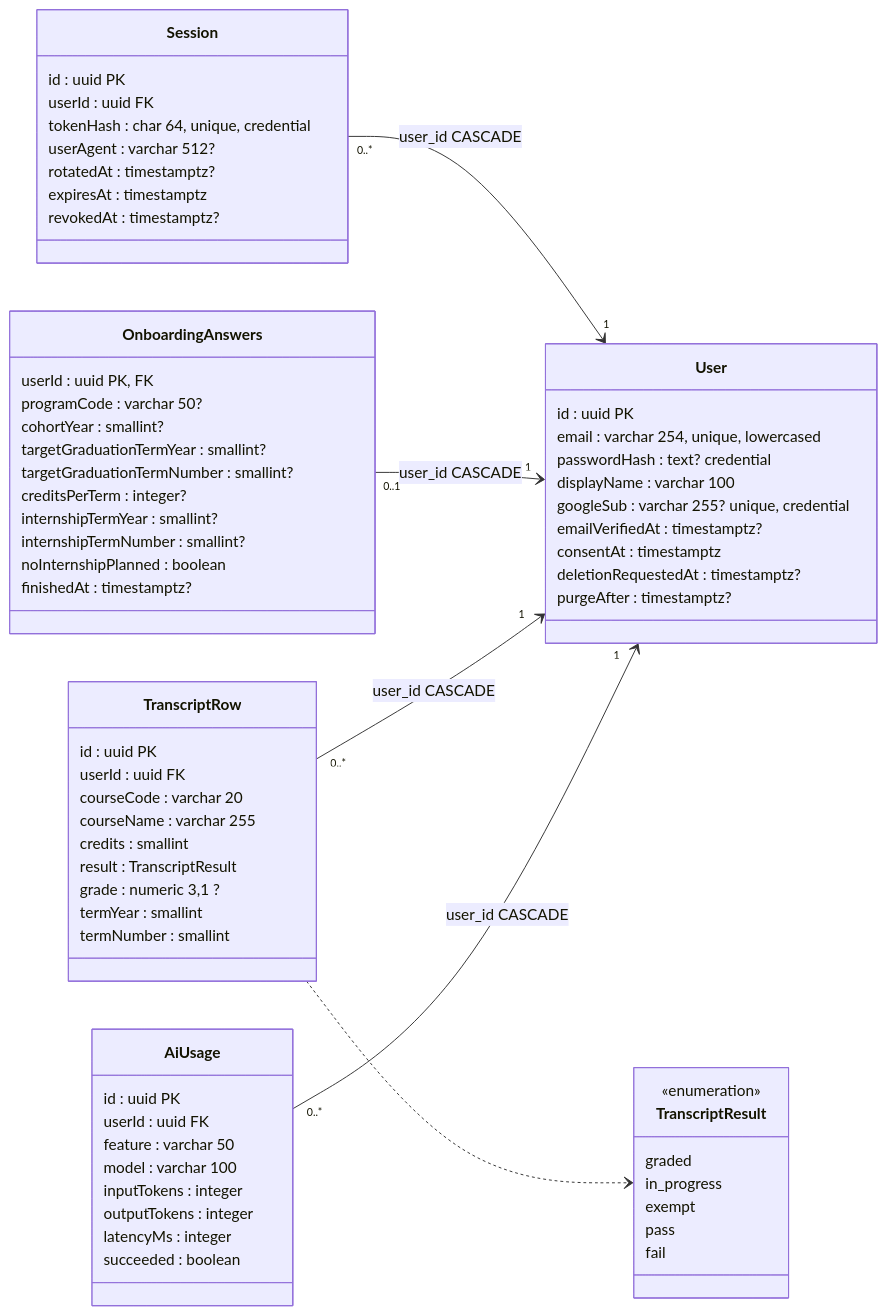
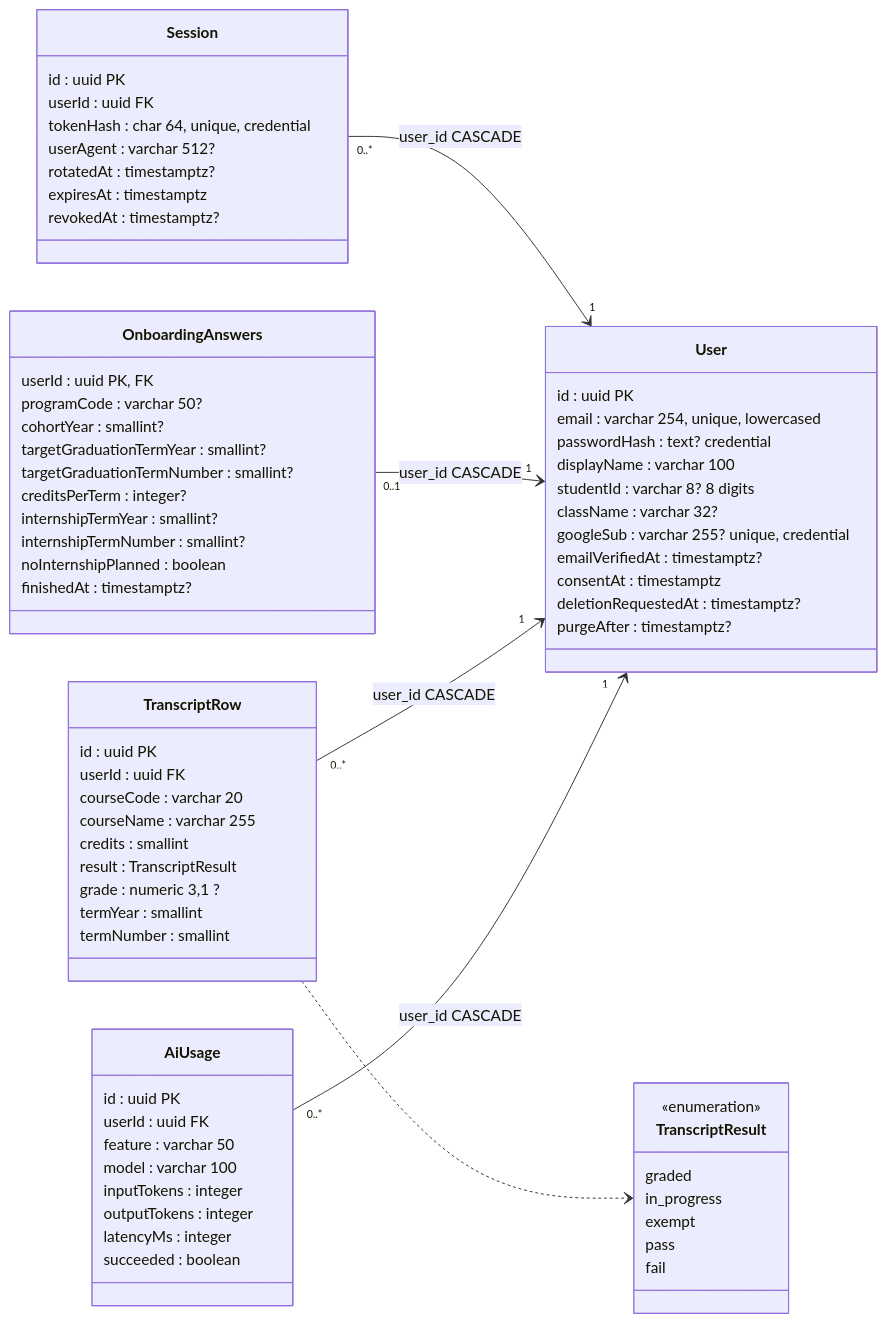
Before and after one commit to LLaammTTeerr/omnicourses: the first of 17 diagrams in docs/analysis-and-design/class-model.md, drawn with Mermaid. The commit also changed other lines of this file and 26 other files, not shown here.

First line of the commit message:
feat(account): store the student id and class name for the dashboard header

````diff
--- a/docs/analysis-and-design/class-model.md
+++ b/docs/analysis-and-design/class-model.md
@@ -19,70 +19,72 @@
 ```mermaid
 classDiagram
     direction LR
     class User {
         id : uuid PK
         email : varchar 254, unique, lowercased
         passwordHash : text? credential
         displayName : varchar 100
+        studentId : varchar 8? 8 digits
+        className : varchar 32?
         googleSub : varchar 255? unique, credential
         emailVerifiedAt : timestamptz?
         consentAt : timestamptz
         deletionRequestedAt : timestamptz?
         purgeAfter : timestamptz?
     }
     class Session {
         id : uuid PK
         userId : uuid FK
         tokenHash : char 64, unique, credential
         userAgent : varchar 512?
         rotatedAt : timestamptz?
         expiresAt : timestamptz
         revokedAt : timestamptz?
     }
     class OnboardingAnswers {
         userId : uuid PK, FK
         programCode : varchar 50?
         cohortYear : smallint?
         targetGraduationTermYear : smallint?
         targetGraduationTermNumber : smallint?
         creditsPerTerm : integer?
         internshipTermYear : smallint?
         internshipTermNumber : smallint?
         noInternshipPlanned : boolean
         finishedAt : timestamptz?
     }
     class TranscriptRow {
         id : uuid PK
         userId : uuid FK
         courseCode : varchar 20
         courseName : varchar 255
         credits : smallint
         result : TranscriptResult
         grade : numeric 3,1 ?
         termYear : smallint
         termNumber : smallint
     }
     class AiUsage {
         id : uuid PK
         userId : uuid FK
         feature : varchar 50
         model : varchar 100
         inputTokens : integer
         outputTokens : integer
         latencyMs : integer
         succeeded : boolean
     }
     class TranscriptResult {
         <<enumeration>>
         graded
         in_progress
         exempt
         pass
         fail
     }
     Session "0..*" --> "1" User : user_id CASCADE
     OnboardingAnswers "0..1" --> "1" User : user_id CASCADE
     TranscriptRow "0..*" --> "1" User : user_id CASCADE
     AiUsage "0..*" --> "1" User : user_id CASCADE
     TranscriptRow ..> TranscriptResult
 ```
````
